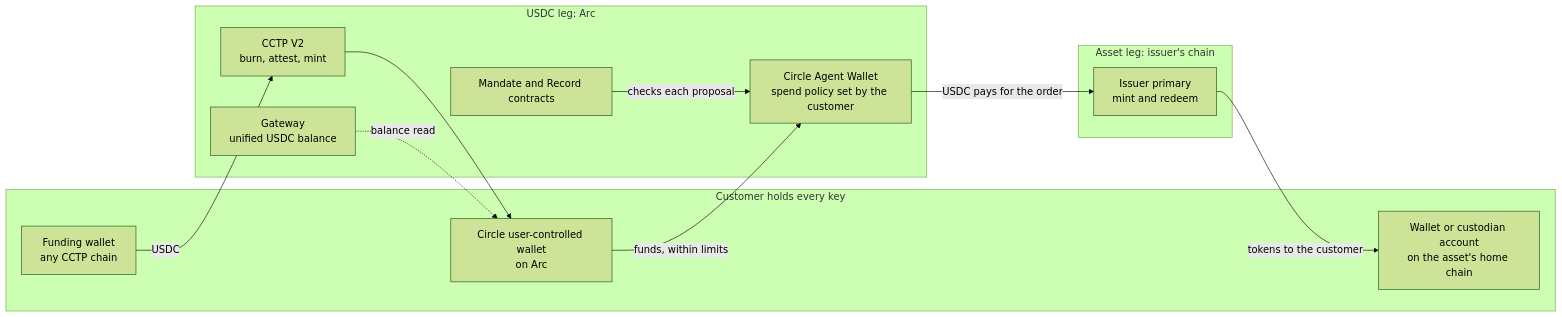
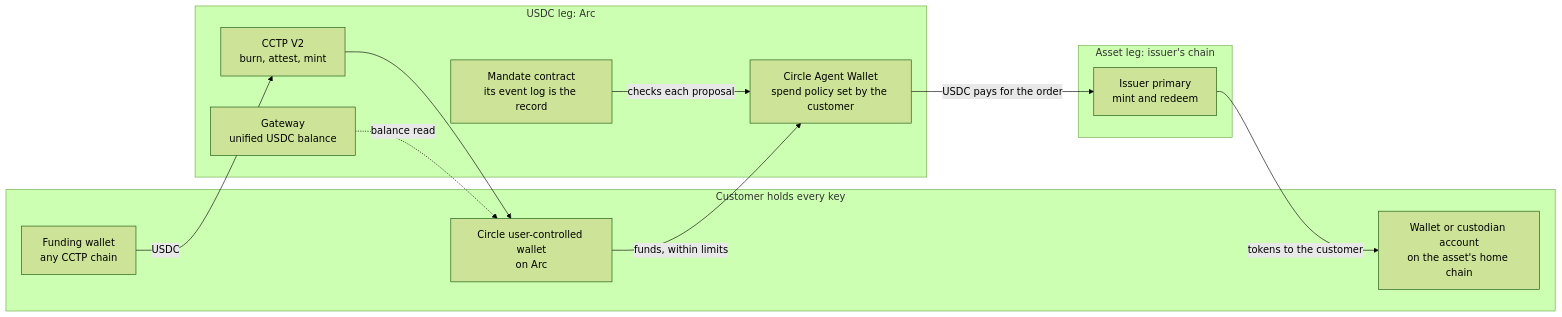
The diagram in README.md (promorphic/arc-router), drawn with Mermaid (forest theme) before and after one commit. The commit also changed other lines of this file and 2 other files, not shown here.

Commit message:
docs: mandate design note; status and milestone log updated

````diff
--- a/README.md
+++ b/README.md
@@ -21,26 +21,26 @@
 ```mermaid
 flowchart LR
   subgraph customer["Customer holds every key"]
     fund["Funding wallet<br/>any CCTP chain"]
     arcw["Circle user-controlled wallet<br/>on Arc"]
     homew["Wallet or custodian account<br/>on the asset's home chain"]
   end
 
   subgraph arc["USDC leg: Arc"]
     cctp["CCTP V2<br/>burn, attest, mint"]
     gw["Gateway<br/>unified USDC balance"]
     agent["Circle Agent Wallet<br/>spend policy set by the customer"]
-    mandate["Mandate and Record contracts"]
+    mandate["Mandate contract<br/>its event log is the record"]
   end
 
   subgraph home["Asset leg: issuer's chain"]
     issuer["Issuer primary<br/>mint and redeem"]
   end
 
   fund -- "USDC" --> cctp --> arcw
   gw -. "balance read" .-> arcw
   arcw -- "funds, within limits" --> agent
   mandate -- "checks each proposal" --> agent
   agent -- "USDC pays for the order" --> issuer
   issuer -- "tokens to the customer" --> homew
 ```
````
